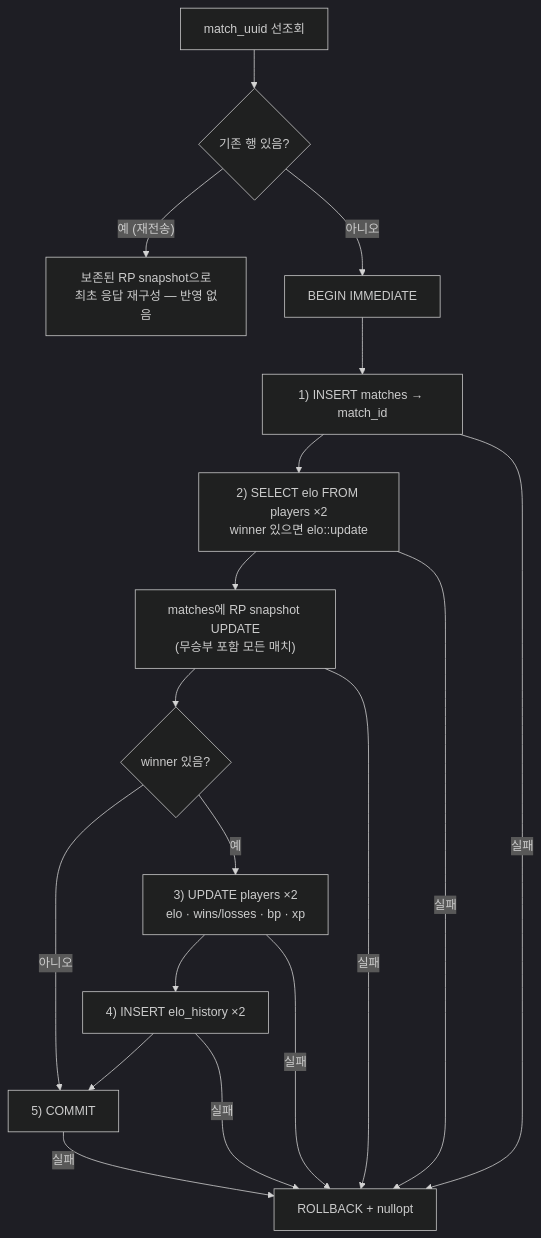
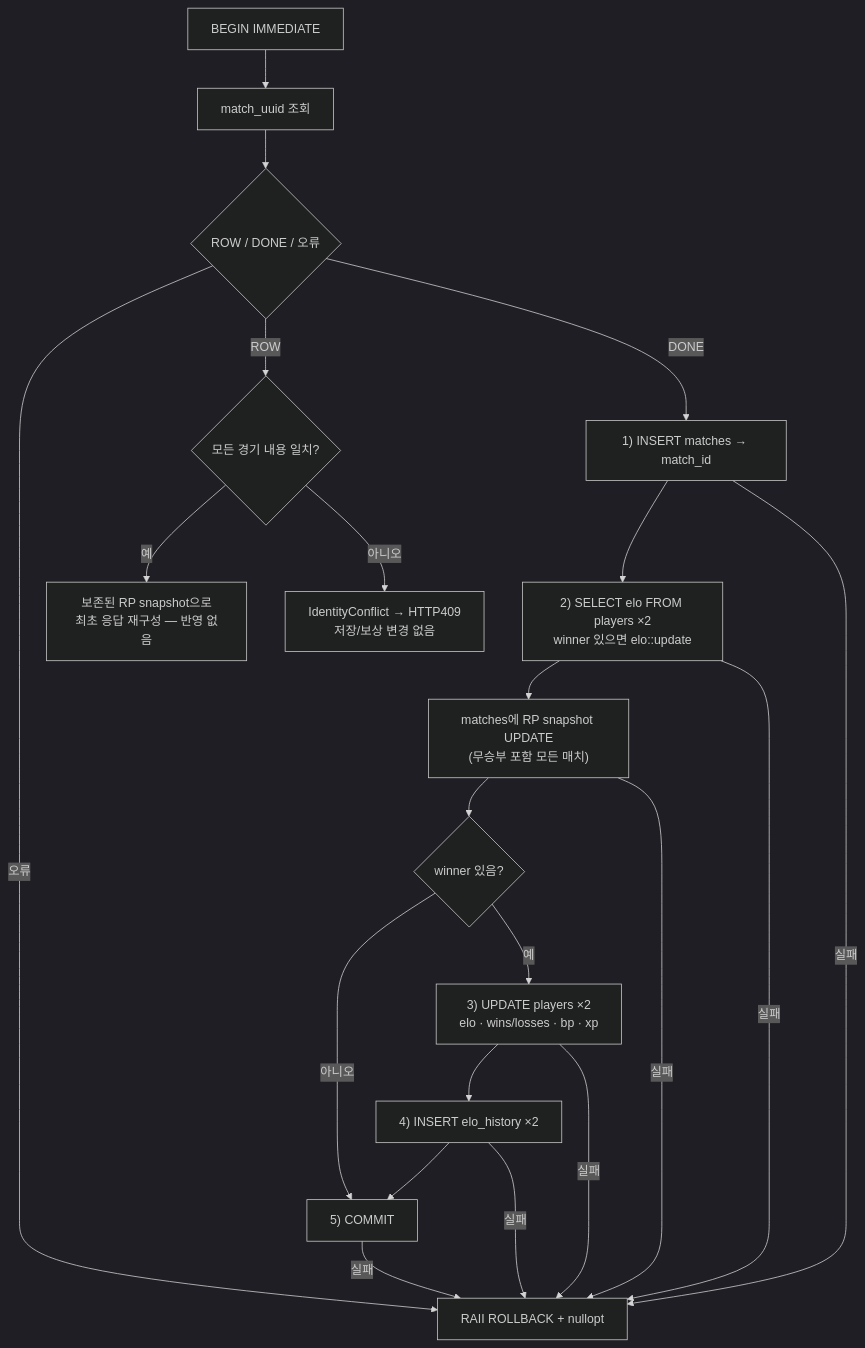
The third of 6 diagrams in docs/blog/part10-meta-and-ranking.md (Rein-ArXiv/Tetris-Multiplayer-RL), drawn with Mermaid (dark theme) before and after one commit. The commit also changed other lines of this file and 51035 other files, not shown here.

````diff
--- a/docs/blog/part10-meta-and-ranking.md
+++ b/docs/blog/part10-meta-and-ranking.md
@@ -965,20 +1043,23 @@
 ```mermaid
 flowchart TD
-    U["match_uuid 선조회"] --> UX{"기존 행 있음?"}
-    UX -- "예 (재전송)" --> S["보존된 RP snapshot으로<br/>최초 응답 재구성 — 반영 없음"]
-    UX -- 아니오 --> A["BEGIN IMMEDIATE"]
-    A --> B["1) INSERT matches → match_id"]
+    A["BEGIN IMMEDIATE"] --> U["match_uuid 조회"]
+    U --> UR{"ROW / DONE / 오류"}
+    UR -- 오류 --> R["RAII ROLLBACK + nullopt"]
+    UR -- ROW --> EQ{"모든 경기 내용 일치?"}
+    EQ -- 예 --> S["보존된 RP snapshot으로<br/>최초 응답 재구성 — 반영 없음"]
+    EQ -- 아니오 --> CF["IdentityConflict → HTTP409<br/>저장/보상 변경 없음"]
+    UR -- DONE --> B["1) INSERT matches → match_id"]
     B --> C["2) SELECT elo FROM players ×2<br/>winner 있으면 elo::update"]
     C --> C2["matches에 RP snapshot UPDATE<br/>(무승부 포함 모든 매치)"]
     C2 --> D{"winner 있음?"}
     D -- 아니오 --> H["5) COMMIT"]
     D -- 예 --> F["3) UPDATE players ×2<br/>elo · wins/losses · bp · xp"]
     F --> G["4) INSERT elo_history ×2"]
     G --> H
-    B -- 실패 --> R["ROLLBACK + nullopt"]
+    B -- 실패 --> R
     C -- 실패 --> R
     C2 -- 실패 --> R
     F -- 실패 --> R
     G -- 실패 --> R
     H -- 실패 --> R
 ```
````
